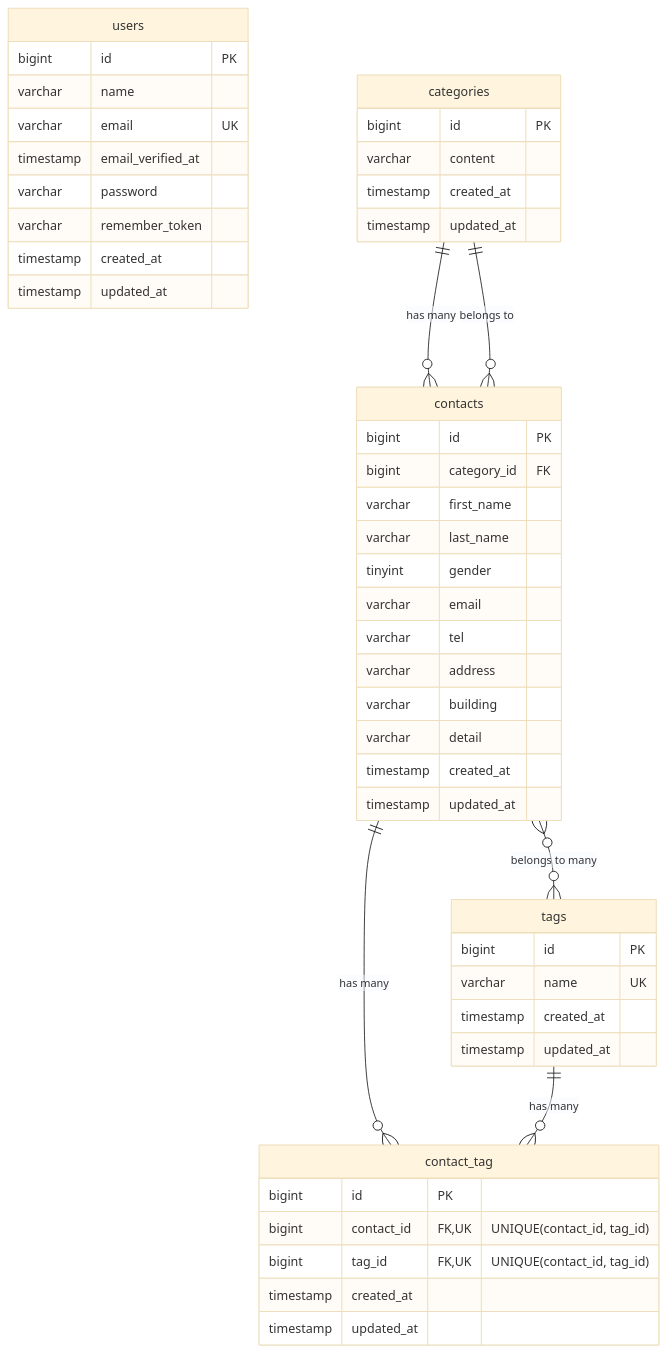
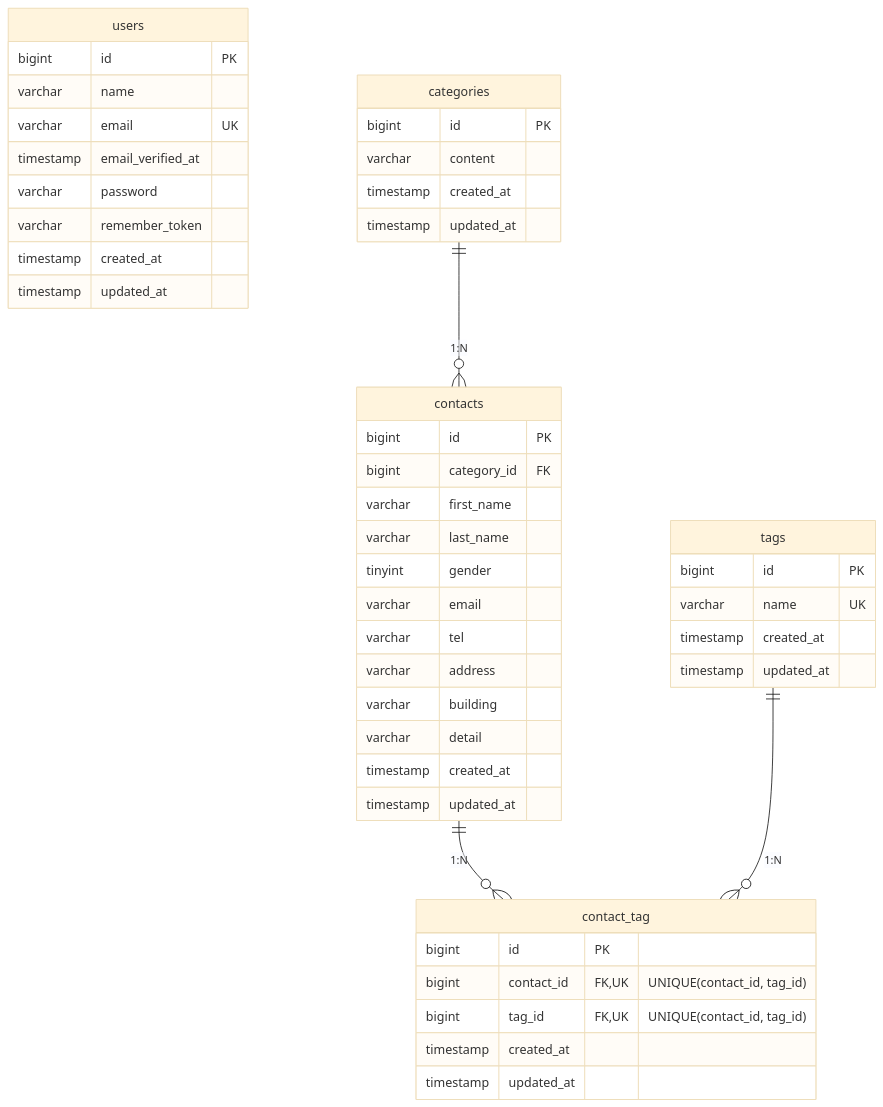
The diagram in README.md (SurazoSurazo/contact-form-app), drawn with Mermaid (base theme) before and after one commit. The commit also changed 1 other file, not shown here.

Commit message:
docs: READMEのER図を物理ER図に修正

````diff
--- a/README.md
+++ b/README.md
@@ -78,56 +78,54 @@
 ```mermaid
 erDiagram
     users {
         bigint id PK
         varchar name
         varchar email UK
         timestamp email_verified_at
         varchar password
         varchar remember_token
         timestamp created_at
         timestamp updated_at
     }
 
     categories {
         bigint id PK
         varchar content
         timestamp created_at
         timestamp updated_at
     }
 
     contacts {
         bigint id PK
         bigint category_id FK
         varchar first_name
         varchar last_name
         tinyint gender
         varchar email
         varchar tel
         varchar address
         varchar building
         varchar detail
         timestamp created_at
         timestamp updated_at
     }
 
     tags {
         bigint id PK
         varchar name UK
         timestamp created_at
         timestamp updated_at
     }
 
     contact_tag {
         bigint id PK
         bigint contact_id FK,UK "UNIQUE(contact_id, tag_id)"
         bigint tag_id FK,UK "UNIQUE(contact_id, tag_id)"
         timestamp created_at
         timestamp updated_at
     }
 
-    categories ||--o{ contacts : "has many"
-    contacts }o--|| categories : "belongs to"
-    contacts ||--o{ contact_tag : "has many"
-    tags ||--o{ contact_tag : "has many"
-    contacts }o--o{ tags : "belongs to many"
+    categories ||--o{ contacts : "1:N"
+    contacts ||--o{ contact_tag : "1:N"
+    tags ||--o{ contact_tag : "1:N"
 ```
````
